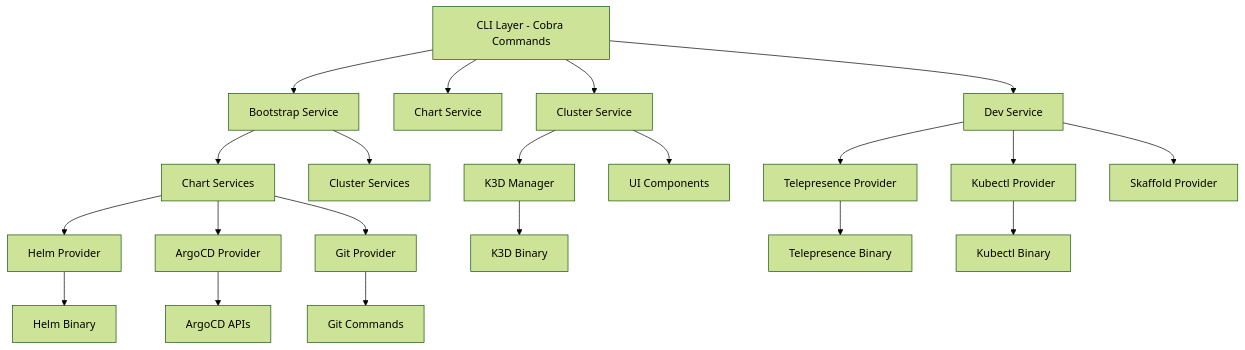
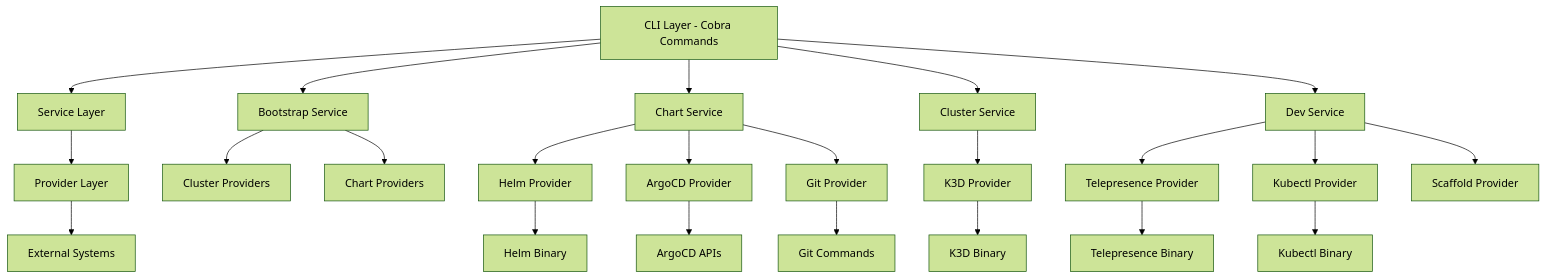
One commit to Praesto-Pro/openframe-cli changed the first of 3 diagrams in docs/architecture/overview.md. Above: the diagram before and after it, drawn with Mermaid (forest theme). The commit also changed other lines of this file and 22 other files, not shown here.

````diff
--- a/docs/architecture/overview.md
+++ b/docs/architecture/overview.md
@@ -13,28 +14,31 @@
 ```mermaid
 graph TB
-    CLI[CLI Layer - Cobra Commands] --> BS[Bootstrap Service]
-    CLI --> CS[Chart Service] 
-    CLI --> CLS[Cluster Service]
-    CLI --> DS[Dev Service]
+    CLI[CLI Layer - Cobra Commands] --> Services[Service Layer]
+    Services --> Providers[Provider Layer]
+    Providers --> External[External Systems]
     
-    BS --> CSvc[Chart Services]
-    BS --> CLSvc[Cluster Services]
+    CLI --> Bootstrap[Bootstrap Service]
+    CLI --> Chart[Chart Service]
+    CLI --> Cluster[Cluster Service]
+    CLI --> Dev[Dev Service]
     
-    CSvc --> HP[Helm Provider]
-    CSvc --> AP[ArgoCD Provider]
-    CSvc --> GP[Git Provider]
+    Bootstrap --> ClusterProviders[Cluster Providers]
+    Bootstrap --> ChartProviders[Chart Providers]
     
-    CLS --> K3D[K3D Manager]
-    CLS --> UI[UI Components]
+    Chart --> Helm[Helm Provider]
+    Chart --> ArgoCD[ArgoCD Provider]
+    Chart --> Git[Git Provider]
     
-    DS --> TP[Telepresence Provider]
-    DS --> KP[Kubectl Provider]
-    DS --> SP[Skaffold Provider]
+    Cluster --> K3D[K3D Provider]
     
-    HP --> Helm[Helm Binary]
-    AP --> ArgoCD[ArgoCD APIs]
-    GP --> Git[Git Commands]
-    K3D --> K3DCmd[K3D Binary]
-    TP --> TelepresenceCmd[Telepresence Binary]
-    KP --> KubectlCmd[Kubectl Binary]
+    Dev --> Telepresence[Telepresence Provider]
+    Dev --> Kubectl[Kubectl Provider]
+    Dev --> Scaffold[Scaffold Provider]
+    
+    Helm --> HelmBinary[Helm Binary]
+    ArgoCD --> ArgoCDAPI[ArgoCD APIs]
+    Git --> GitCommands[Git Commands]
+    K3D --> K3DBinary[K3D Binary]
+    Telepresence --> TelepresenceBinary[Telepresence Binary]
+    Kubectl --> KubectlBinary[Kubectl Binary]
 ```
````
